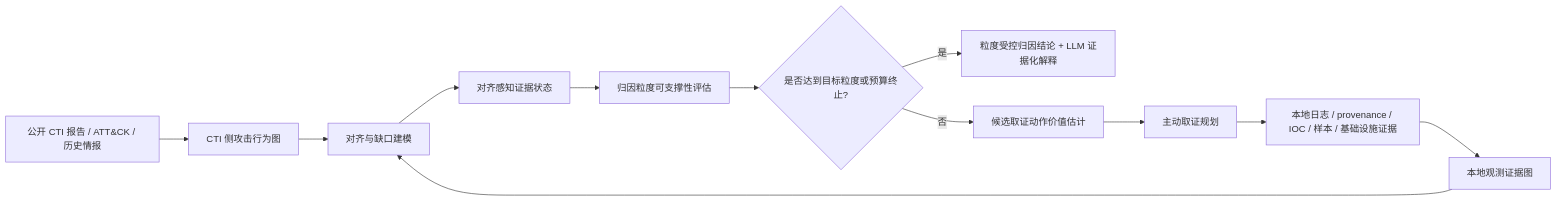
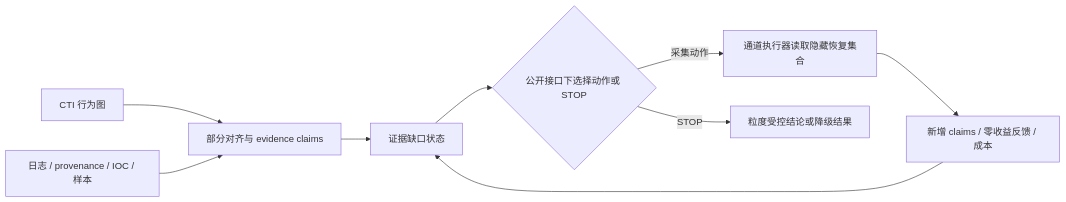
Before and after one commit to Katr1na9/project05-zotero-research: the diagram in 00-dashboard/research-dashboard.md, drawn with Mermaid. The commit also changed other lines of this file and 54 other files, not shown here.

````diff
--- a/00-dashboard/research-dashboard.md
+++ b/00-dashboard/research-dashboard.md
@@ -21,14 +26,11 @@
 ```mermaid
 flowchart LR
-  A["公开 CTI 报告 / ATT&CK / 历史情报"] --> B["CTI 侧攻击行为图"]
-  C["本地日志 / provenance / IOC / 样本 / 基础设施证据"] --> D["本地观测证据图"]
-  B --> E["对齐与缺口建模"]
-  D --> E
-  E --> F["对齐感知证据状态"]
-  F --> G["归因粒度可支撑性评估"]
-  G --> H{"是否达到目标粒度或预算终止?"}
-  H -- 是 --> I["粒度受控归因结论 + LLM 证据化解释"]
-  H -- 否 --> J["候选取证动作价值估计"]
-  J --> K["主动取证规划"]
-  K --> C
+  A["CTI 行为图"] --> C["部分对齐与 evidence claims"]
+  B["日志 / provenance / IOC / 样本"] --> C
+  C --> D["证据缺口状态"]
+  D --> E{"公开接口下选择动作或 STOP"}
+  E -->|"采集动作"| F["通道执行器读取隐藏恢复集合"]
+  F --> G["新增 claims / 零收益反馈 / 成本"]
+  G --> D
+  E -->|"STOP"| H["粒度受控结论或降级结果"]
 ```
````
